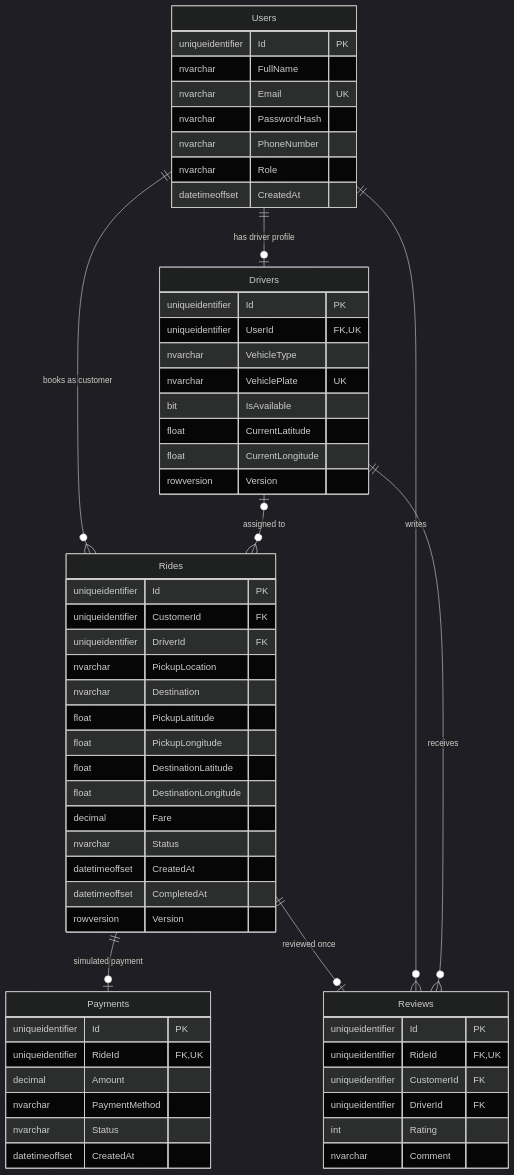
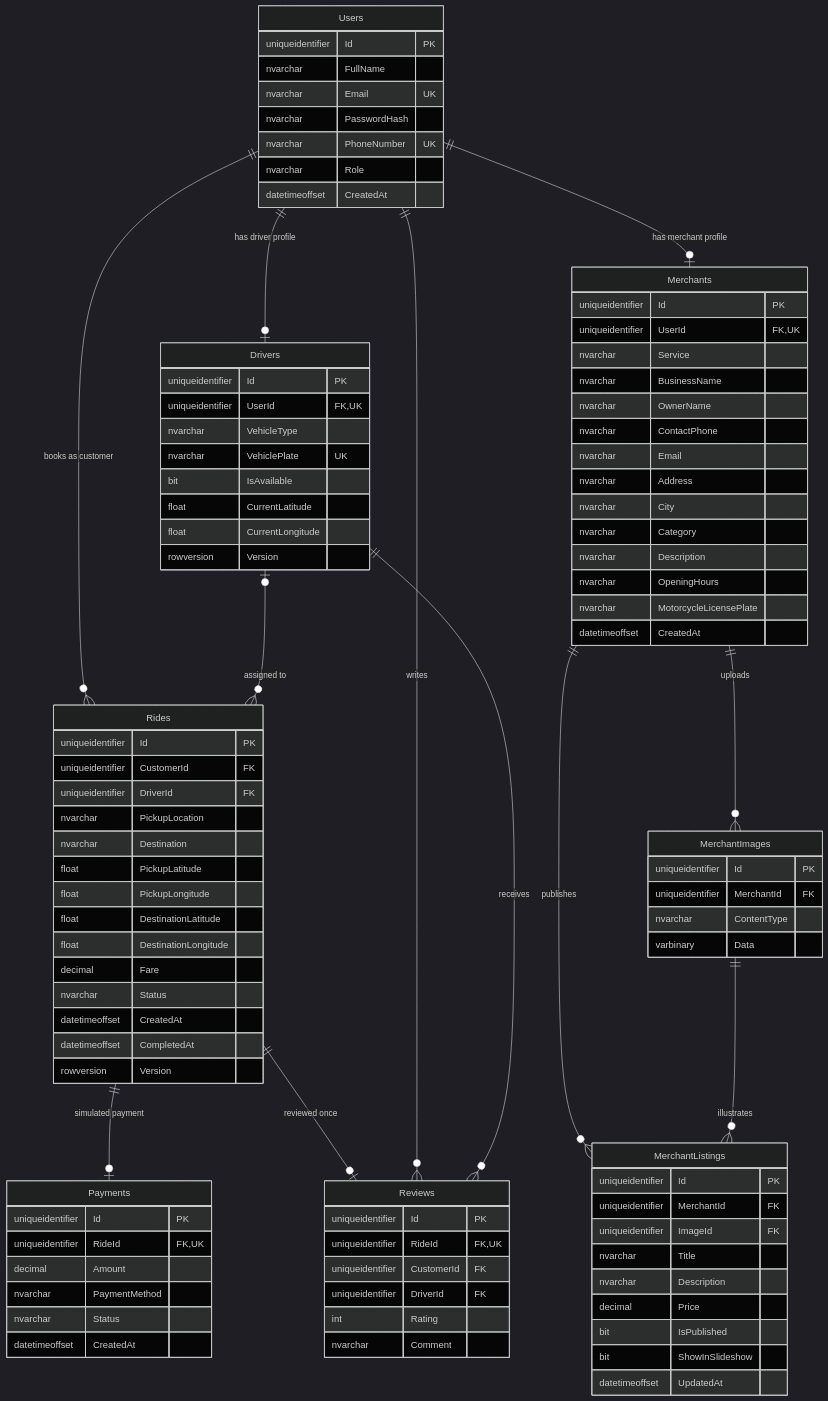
One commit to rinrithyreach/grab-platform changed the diagram in backend/DATABASE_ERD.md. Above: the diagram before and after it, drawn with Mermaid (dark theme). The commit also changed other lines of this file and 94 other files, not shown here.

````diff
--- a/backend/DATABASE_ERD.md
+++ b/backend/DATABASE_ERD.md
@@ -3,6 +3,10 @@
 ```mermaid
 erDiagram
     Users ||--o| Drivers : "has driver profile"
+    Users ||--o| Merchants : "has merchant profile"
+    Merchants ||--o{ MerchantImages : uploads
+    Merchants ||--o{ MerchantListings : publishes
+    MerchantImages ||--o{ MerchantListings : illustrates
     Users ||--o{ Rides : "books as customer"
     Drivers o|--o{ Rides : "assigned to"
     Rides ||--o| Payments : "simulated payment"
@@ -14,7 +18,7 @@
         nvarchar FullName
         nvarchar Email UK
         nvarchar PasswordHash
-        nvarchar PhoneNumber
+        nvarchar PhoneNumber UK
         nvarchar Role
         datetimeoffset CreatedAt
     }
@@ -60,4 +64,37 @@
         int Rating
         nvarchar Comment
     }
+    Merchants {
+        uniqueidentifier Id PK
+        uniqueidentifier UserId FK,UK
+        nvarchar Service
+        nvarchar BusinessName
+        nvarchar OwnerName
+        nvarchar ContactPhone
+        nvarchar Email
+        nvarchar Address
+        nvarchar City
+        nvarchar Category
+        nvarchar Description
+        nvarchar OpeningHours
+        nvarchar MotorcycleLicensePlate
+        datetimeoffset CreatedAt
+    }
+    MerchantImages {
+        uniqueidentifier Id PK
+        uniqueidentifier MerchantId FK
+        nvarchar ContentType
+        varbinary Data
+    }
+    MerchantListings {
+        uniqueidentifier Id PK
+        uniqueidentifier MerchantId FK
+        uniqueidentifier ImageId FK
+        nvarchar Title
+        nvarchar Description
+        decimal Price
+        bit IsPublished
+        bit ShowInSlideshow
+        datetimeoffset UpdatedAt
+    }
 ```
````
